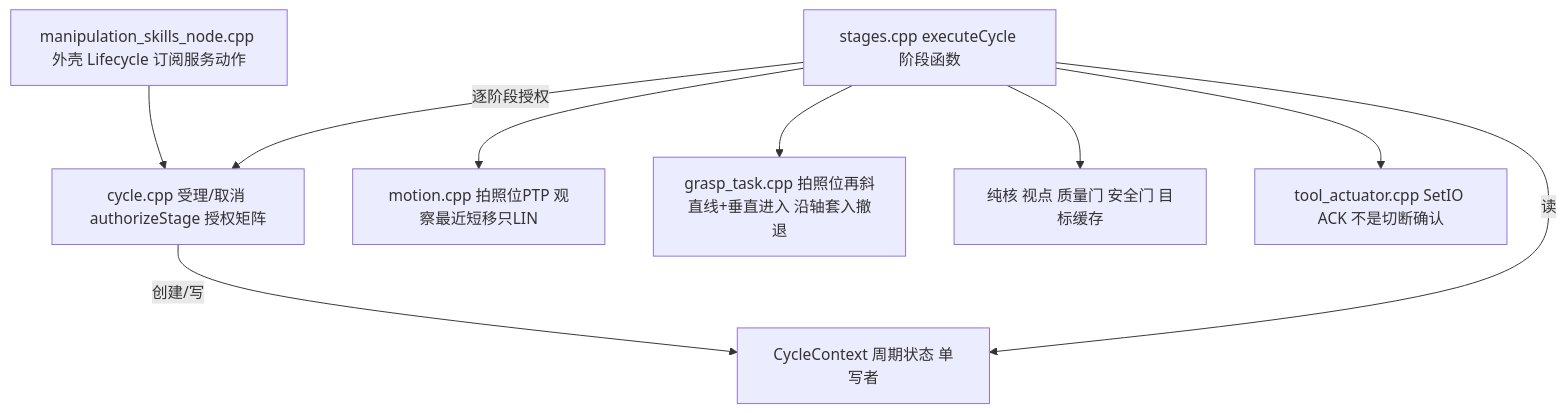
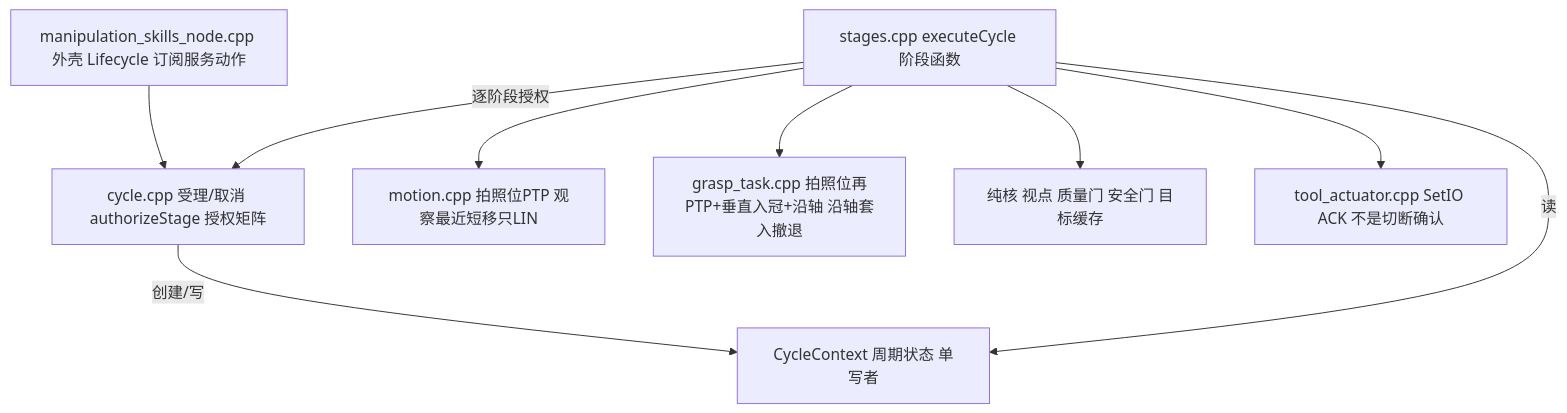
The tenth of 15 diagrams in docs/architecture.md (MUHAN11-c/aubo_boot), drawn with Mermaid before and after one commit. The commit also changed other lines of this file and 3 other files, not shown here.

Commit message:
docs(arm) 活文档追平 v4 轨迹措辞（architecture 五处/io/testing/sim docstring；上轮 v3/v4 提交漏改的欠账）

````diff
--- a/docs/architecture.md
+++ b/docs/architecture.md
@@ -608,19 +608,19 @@
 ```mermaid
 flowchart TB
   node["manipulation_skills_node.cpp 外壳 Lifecycle 订阅服务动作"]
   cycle["cycle.cpp 受理/取消 authorizeStage 授权矩阵"]
   ctx["CycleContext 周期状态 单写者"]
   stages["stages.cpp executeCycle 阶段函数"]
   motion["motion.cpp 拍照位PTP 观察最近短移只LIN"]
-  mtc["grasp_task.cpp 拍照位再斜直线+垂直进入 沿轴套入撤退"]
+  mtc["grasp_task.cpp 拍照位再PTP+垂直入冠+沿轴 沿轴套入撤退"]
   core["纯核 视点 质量门 安全门 目标缓存"]
   tool["tool_actuator.cpp SetIO ACK 不是切断确认"]
   node --> cycle
   cycle -->|"创建/写"| ctx
   stages -->|"读"| ctx
   stages -->|"逐阶段授权"| cycle
   stages --> motion
   stages --> core
   stages --> mtc
   stages --> tool
 ```
````
